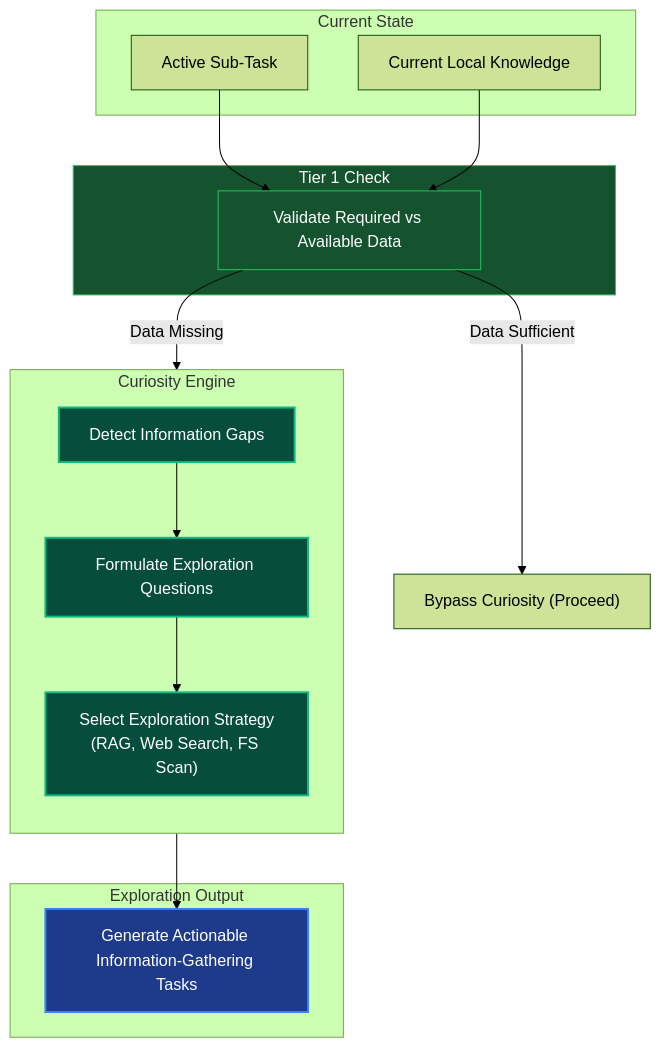
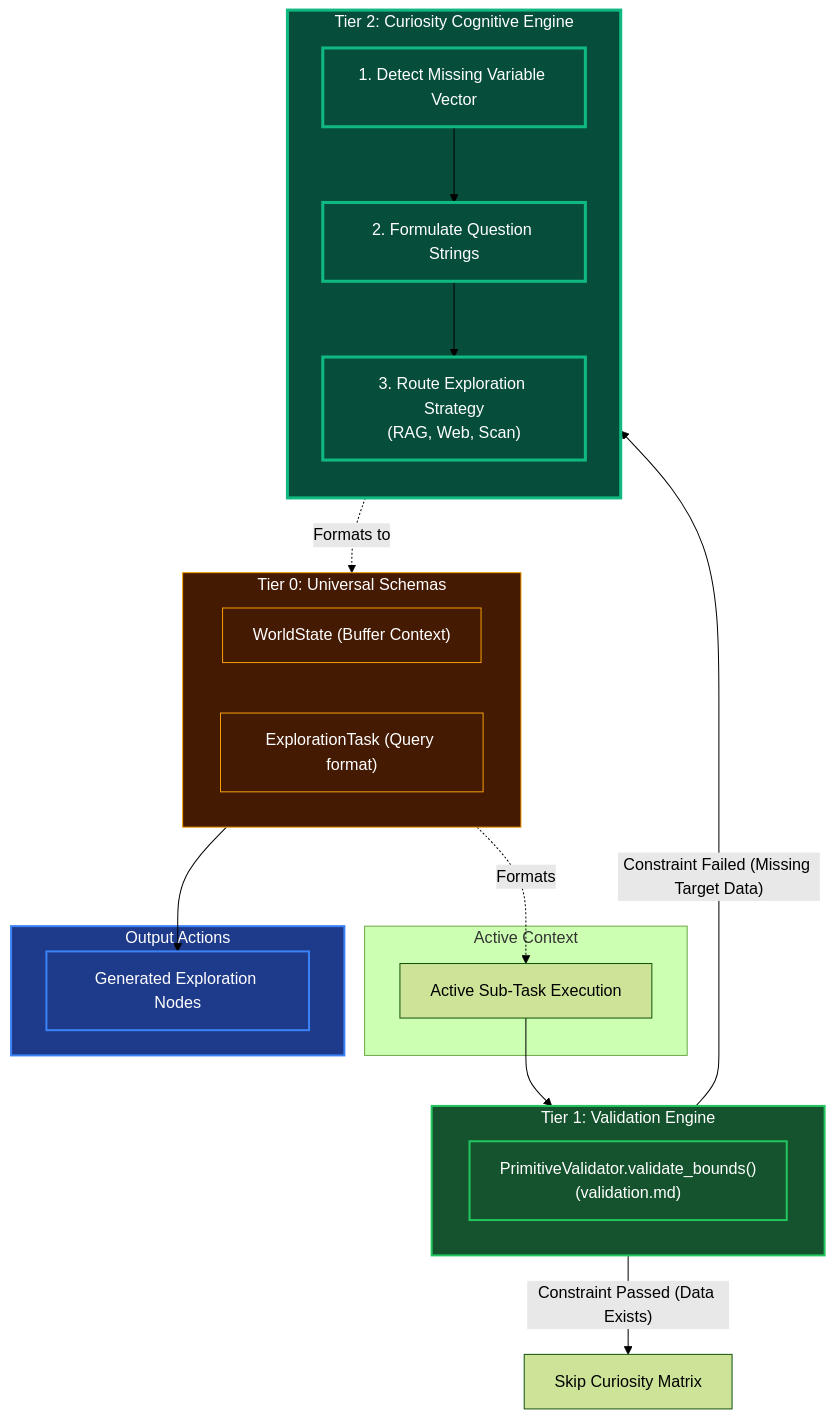
Before and after one commit to azzindani/Kea: the diagram in redesign/tier_2/curiosity_engine.md, drawn with Mermaid (forest theme). The commit also changed 22 other files, not shown here.

Commit message:
feat: Define the conceptual architecture and components for Kea's multi-tiered redesign across tiers 0-6.

````diff
--- a/redesign/tier_2/curiosity_engine.md
+++ b/redesign/tier_2/curiosity_engine.md
@@ -8,49 +8,60 @@
 ```mermaid
 ---
 config:
   layout: dagre
 ---
 flowchart TB
-    %% Inputs
-    subgraph sInputs["Current State"]
-        nTask["Active Sub-Task"]
-        nKnowledge["Current Local Knowledge"]
+    %% DOWNSTREAM TIER 0 IMPORTS (SCHEMAS)
+    subgraph sTier0["Tier 0: Universal Schemas"]
+        direction LR
+        nSchemaState["WorldState (Buffer Context)"]
+        nSchemaExplore["ExplorationTask (Query format)"]
+    end
+
+    %% DOWNSTREAM TIER 1 IMPORTS (PRIMITIVES)
+    subgraph sTier1["Tier 1: Validation Engine"]
+        direction LR
+        nValidate["PrimitiveValidator.validate_bounds()<br>(validation.md)"]
+    end
+
+    %% External Hook (Provided by T3/T4)
+    subgraph sTask["Active Context"]
+        nTask["Active Sub-Task Execution"]
     end
 
     %% T2 Processing Engine
-    subgraph sEngine["Curiosity Engine"]
+    subgraph sEngine["Tier 2: Curiosity Cognitive Engine"]
         direction TB
         
-        nGapDetect["Detect Information Gaps"]
-        nFormulate["Formulate Exploration Questions"]
-        nStrategy["Select Exploration Strategy<br>(RAG, Web Search, FS Scan)"]
+        nGapDetect["1. Detect Missing Variable Vector"]
+        nFormulate["2. Formulate Question Strings"]
+        nStrategy["3. Route Exploration Strategy<br>(RAG, Web, Scan)"]
         
         nGapDetect --> nFormulate --> nStrategy
     end
 
-    %% T1 Dependencies
-    subgraph sTier1["Tier 1 Check"]
-        nValidate["Validate Required vs Available Data"]
+    %% Output to Higher Tiers
+    subgraph sOut["Output Actions"]
+        nActionTask["Generated Exploration Nodes"]
     end
 
-    %% External Hook (Handled by T3/T4)
-    subgraph sAction["Exploration Output"]
-        nActionTask["Generate Actionable Information-Gathering Tasks"]
-    end
-
-    %% Routing
-    nTask & nKnowledge --> nValidate
-    nValidate -- "Data Missing" --> nGapDetect
-    nValidate -- "Data Sufficient" --> nBypass["Bypass Curiosity (Proceed)"]
+    %% Execution & Routing
+    nSchemaState -.->|Formats| nTask
+    nTask --> nValidate
+    nValidate -- "Constraint Failed (Missing Target Data)" --> nGapDetect
+    nValidate -- "Constraint Passed (Data Exists)" --> nBypass["Skip Curiosity Matrix"]
     
-    nStrategy --> nActionTask
+    nStrategy -.->|Formats to| nSchemaExplore
+    nSchemaExplore --> nActionTask
 
     %% Styling
-    classDef t1 fill:#14532D,stroke:#22C55E,stroke-width:1px,color:#fff
-    classDef t2 fill:#064E3B,stroke:#10B981,stroke-width:2px,color:#fff
-    classDef out fill:#1E3A8A,stroke:#3B82F6,stroke-width:2px,color:#fff
+    classDef t0 fill:#451A03,stroke:#F59E0B,stroke-width:1px,color:#fff
+    classDef t1 fill:#14532D,stroke:#22C55E,stroke-width:2px,color:#fff
+    classDef t2 fill:#064E3B,stroke:#10B981,stroke-width:3px,color:#fff
+    classDef action fill:#1E3A8A,stroke:#3B82F6,stroke-width:2px,color:#fff
     
+    class sTier0,nSchemaState,nSchemaExplore t0
     class sTier1,nValidate t1
-    class nGapDetect,nFormulate,nStrategy t2
-    class nActionTask out
+    class sEngine,nGapDetect,nFormulate,nStrategy t2
+    class sOut,nActionTask action
 ```
````
